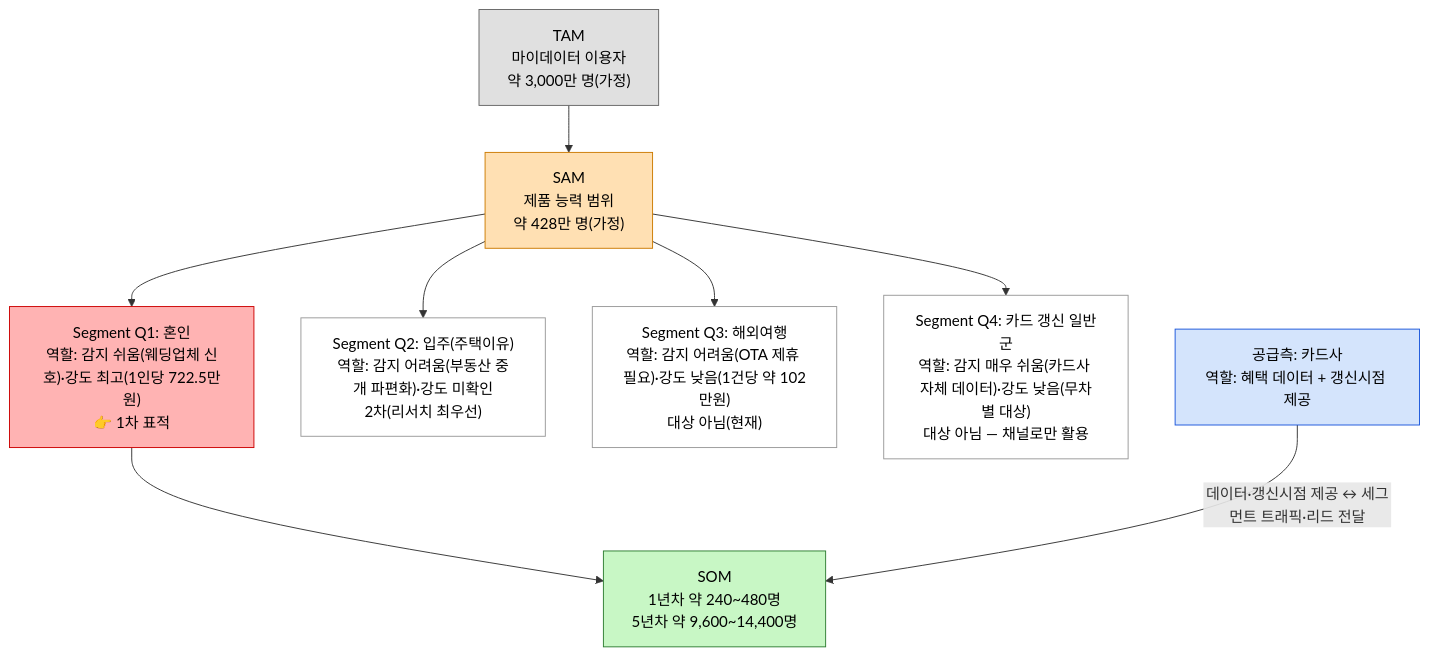
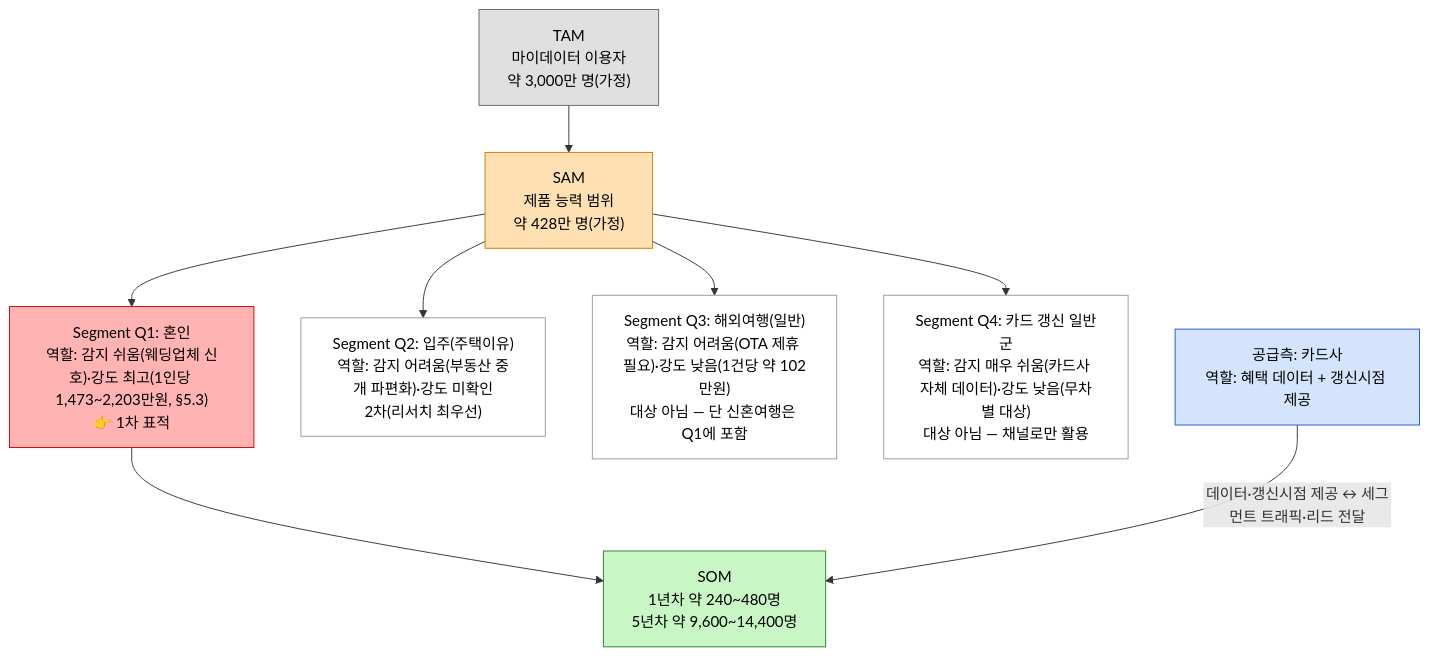
One commit to jennie-brain/idea changed the second of 2 diagrams in Industry and Business Analysis/04 - TAM-SAM-SOM 과 Market Segment Map.md. Above: the diagram before and after it, drawn with Mermaid. The commit also changed other lines of this file and 1 other file, not shown here.

````diff
--- a/Industry and Business Analysis/04 - TAM-SAM-SOM 과 Market Segment Map.md
+++ b/Industry and Business Analysis/04 - TAM-SAM-SOM 과 Market Segment Map.md
@@ -109,21 +111,21 @@
 ```mermaid
 graph TD
     classDef tam fill:#e0e0e0,stroke:#666,color:#000
     classDef sam fill:#ffe0b3,stroke:#cc7a00,color:#000
     classDef som fill:#c8f7c5,stroke:#2e7d32,color:#000
     classDef supply fill:#d4e4fc,stroke:#1a56db,color:#000
     classDef target fill:#ffb3b3,stroke:#cc0000,color:#000
     classDef other fill:#fff,stroke:#999,color:#000
 
     TAM["TAM<br/>마이데이터 이용자<br/>약 3,000만 명(가정)"]:::tam --> SAM["SAM<br/>제품 능력 범위<br/>약 428만 명(가정)"]:::sam
 
-    SAM --> Q1["Segment Q1: 혼인<br/>역할: 감지 쉬움(웨딩업체 신호)·강도 최고(1인당 722.5만원)<br/>👉 1차 표적"]:::target
+    SAM --> Q1["Segment Q1: 혼인<br/>역할: 감지 쉬움(웨딩업체 신호)·강도 최고(1인당 1,473~2,203만원, §5.3)<br/>👉 1차 표적"]:::target
     SAM --> Q2["Segment Q2: 입주(주택이유)<br/>역할: 감지 어려움(부동산 중개 파편화)·강도 미확인<br/>2차(리서치 최우선)"]:::other
-    SAM --> Q3["Segment Q3: 해외여행<br/>역할: 감지 어려움(OTA 제휴 필요)·강도 낮음(1건당 약 102만원)<br/>대상 아님(현재)"]:::other
+    SAM --> Q3["Segment Q3: 해외여행(일반)<br/>역할: 감지 어려움(OTA 제휴 필요)·강도 낮음(1건당 약 102만원)<br/>대상 아님 — 단 신혼여행은 Q1에 포함"]:::other
     SAM --> Q4["Segment Q4: 카드 갱신 일반군<br/>역할: 감지 매우 쉬움(카드사 자체 데이터)·강도 낮음(무차별 대상)<br/>대상 아님 — 채널로만 활용"]:::other
 
     Supply["공급측: 카드사<br/>역할: 혜택 데이터 + 갱신시점 제공"]:::supply
 
     Q1 --> SOM["SOM<br/>1년차 약 240~480명<br/>5년차 약 9,600~14,400명"]:::som
     Supply -->|"데이터·갱신시점 제공 ↔ 세그먼트 트래픽·리드 전달"| SOM
 ```
````
